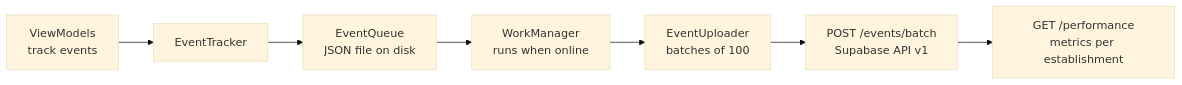
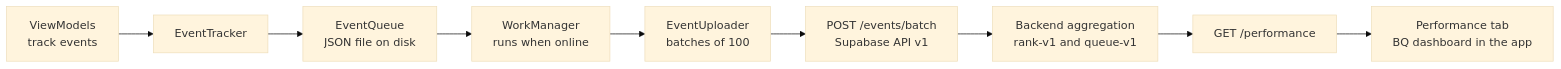
The first of 4 diagrams in README.md (cmolina12/UniEat-Android), drawn with Mermaid (base theme) before and after one commit. The commit also changed other lines of this file, not shown here.

````diff
--- a/README.md
+++ b/README.md
@@ -78,9 +79,11 @@
 ```mermaid
 flowchart LR
     VM[ViewModels<br/>track events] --> ET[EventTracker]
     ET --> Q[EventQueue<br/>JSON file on disk]
     Q --> WM[WorkManager<br/>runs when online]
     WM --> UP[EventUploader<br/>batches of 100]
     UP --> API[POST /events/batch<br/>Supabase API v1]
-    API --> PERF[GET /performance<br/>metrics per establishment]
+    API --> AGG[Backend aggregation<br/>rank-v1 and queue-v1]
+    AGG --> PERF[GET /performance]
+    PERF --> DASH[Performance tab<br/>BQ dashboard in the app]
 ```
````
